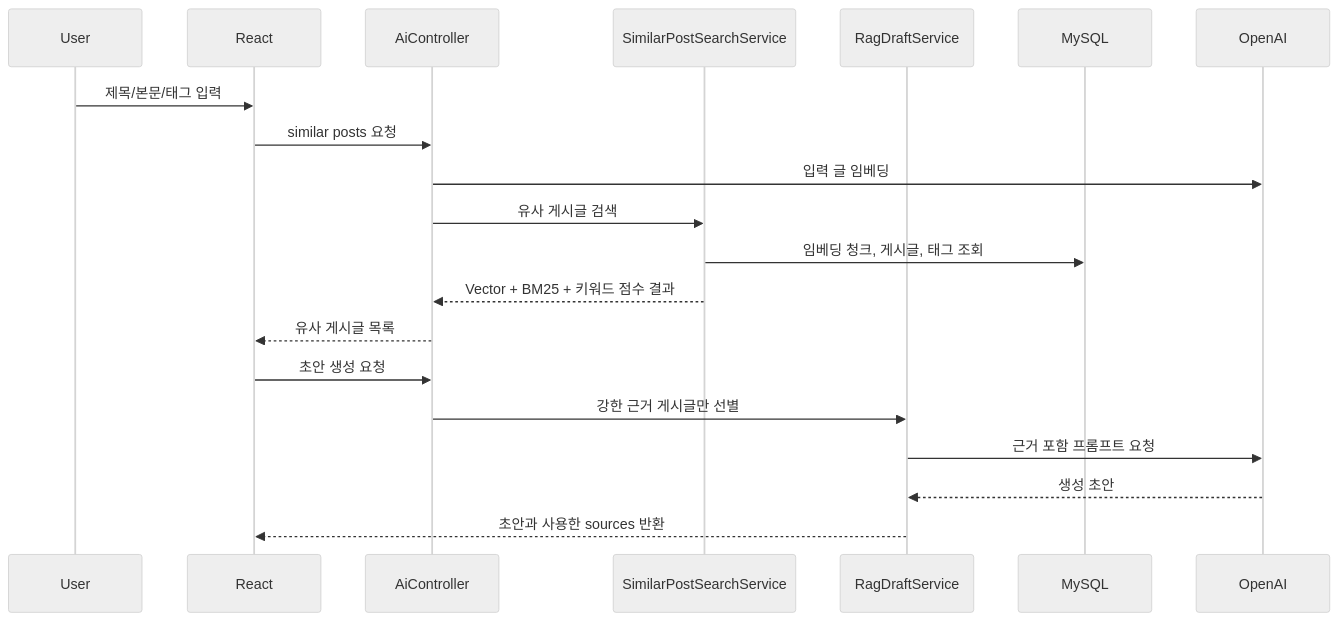
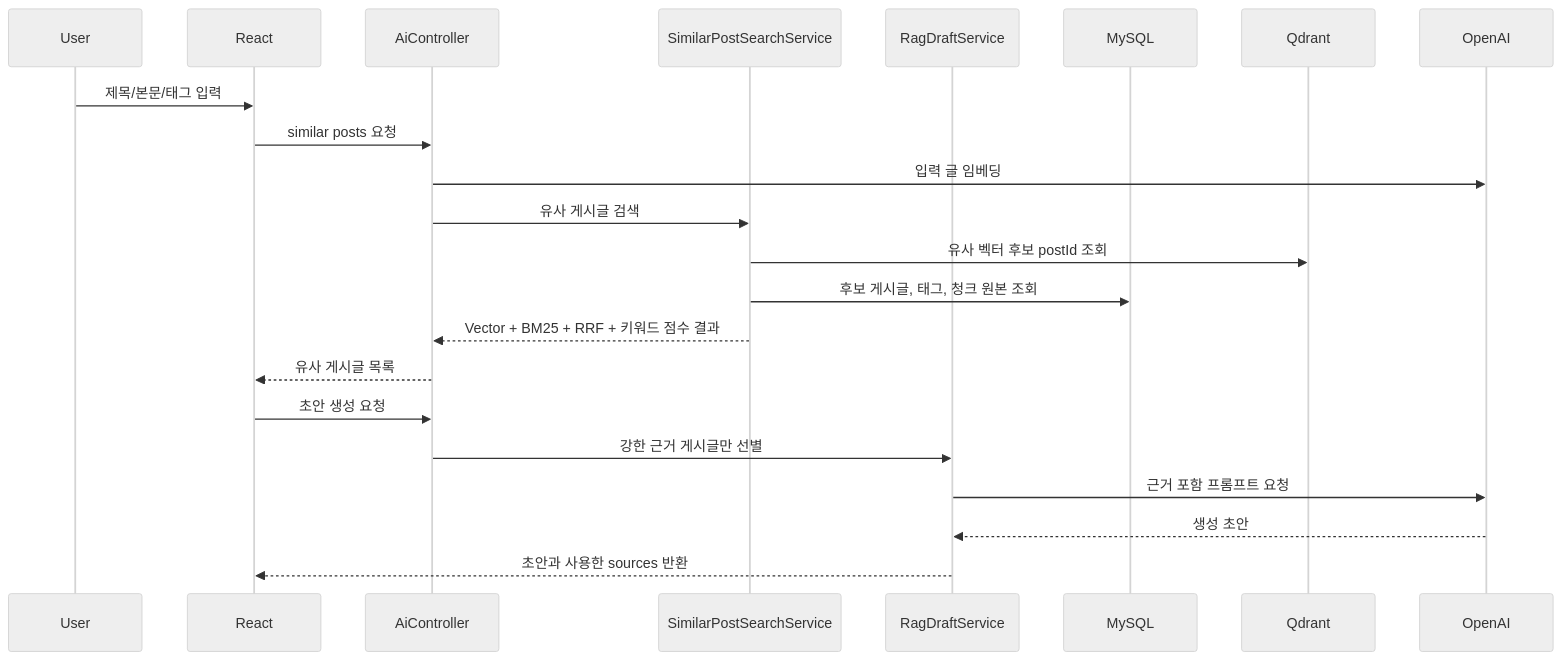
Before and after one commit to Jungle-12-303/week15-16_team03_ai_board_lab: the second of 4 diagrams in README.md, drawn with Mermaid (neutral theme). The commit also changed other lines of this file and 8 other files, not shown here.

````diff
--- a/README.md
+++ b/README.md
@@ -83,23 +109,25 @@
 ```mermaid
 sequenceDiagram
     participant User
     participant React
     participant AI as AiController
     participant Search as SimilarPostSearchService
     participant Draft as RagDraftService
     participant DB as MySQL
+    participant VectorDB as Qdrant
     participant OpenAI
 
     User->>React: 제목/본문/태그 입력
     React->>AI: similar posts 요청
     AI->>OpenAI: 입력 글 임베딩
     AI->>Search: 유사 게시글 검색
-    Search->>DB: 임베딩 청크, 게시글, 태그 조회
-    Search-->>AI: Vector + BM25 + 키워드 점수 결과
+    Search->>VectorDB: 유사 벡터 후보 postId 조회
+    Search->>DB: 후보 게시글, 태그, 청크 원본 조회
+    Search-->>AI: Vector + BM25 + RRF + 키워드 점수 결과
     AI-->>React: 유사 게시글 목록
     React->>AI: 초안 생성 요청
     AI->>Draft: 강한 근거 게시글만 선별
     Draft->>OpenAI: 근거 포함 프롬프트 요청
     OpenAI-->>Draft: 생성 초안
     Draft-->>React: 초안과 사용한 sources 반환
 ```
````
